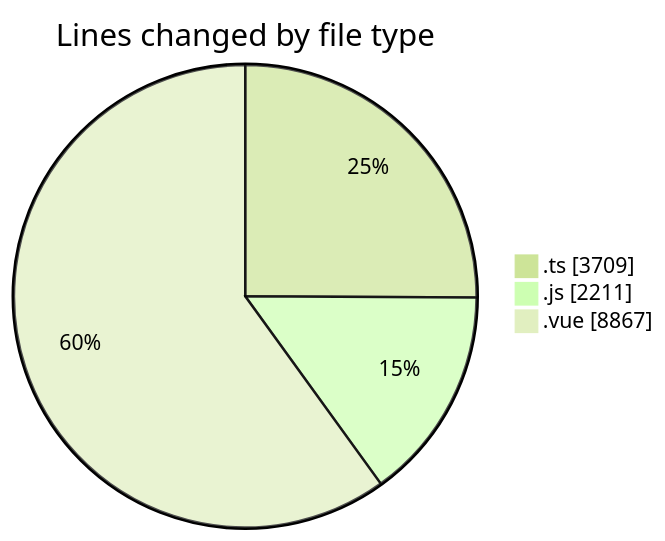
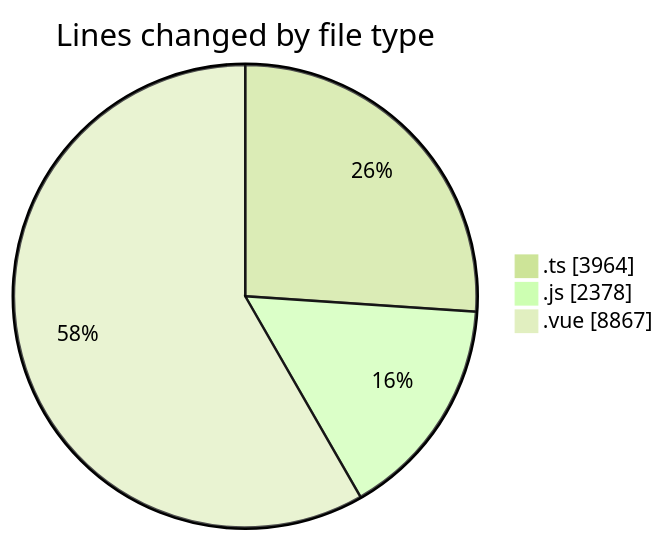
The first of 2 diagrams in 2025-08-16/rentotp/README.md (lephambinh05/code-tracking), drawn with Mermaid (forest theme) before and after one commit. The commit also changed other lines of this file and 1 other file, not shown here.

````diff
--- a/2025-08-16/rentotp/README.md
+++ b/2025-08-16/rentotp/README.md
@@ -60,7 +66,7 @@
 ```mermaid
 pie showData
 title Lines changed by file type
-".ts" : 3709
-".js" : 2211
+".ts" : 3964
+".js" : 2378
 ".vue" : 8867
 ```
````
